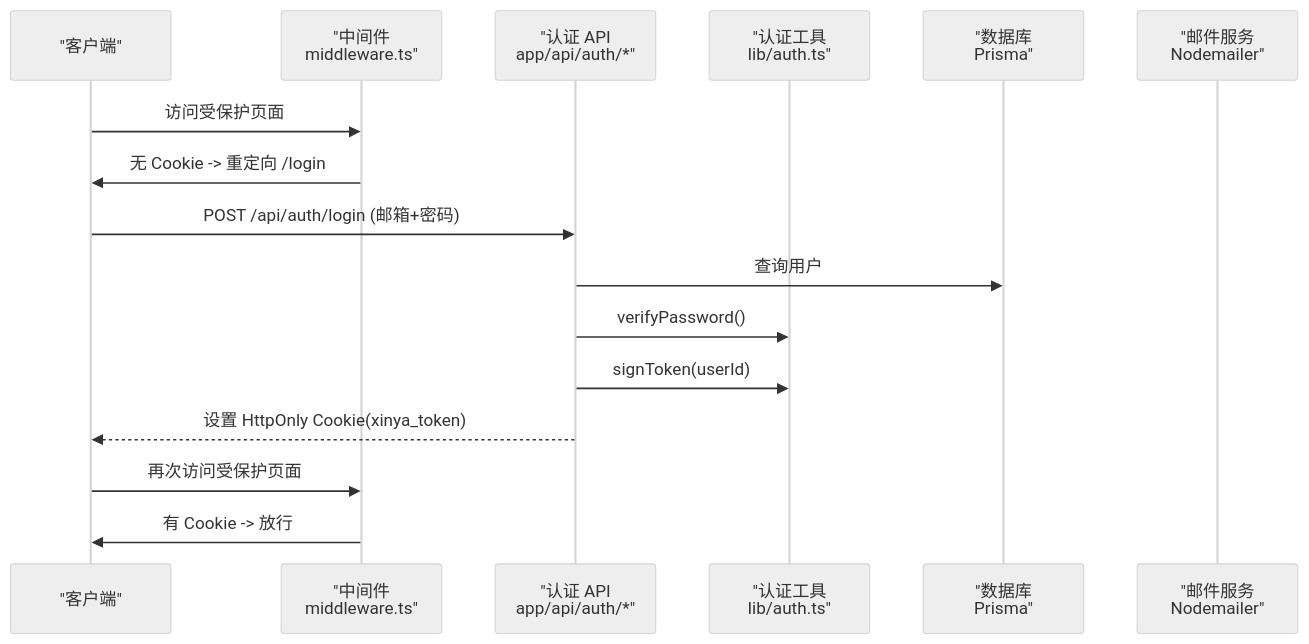
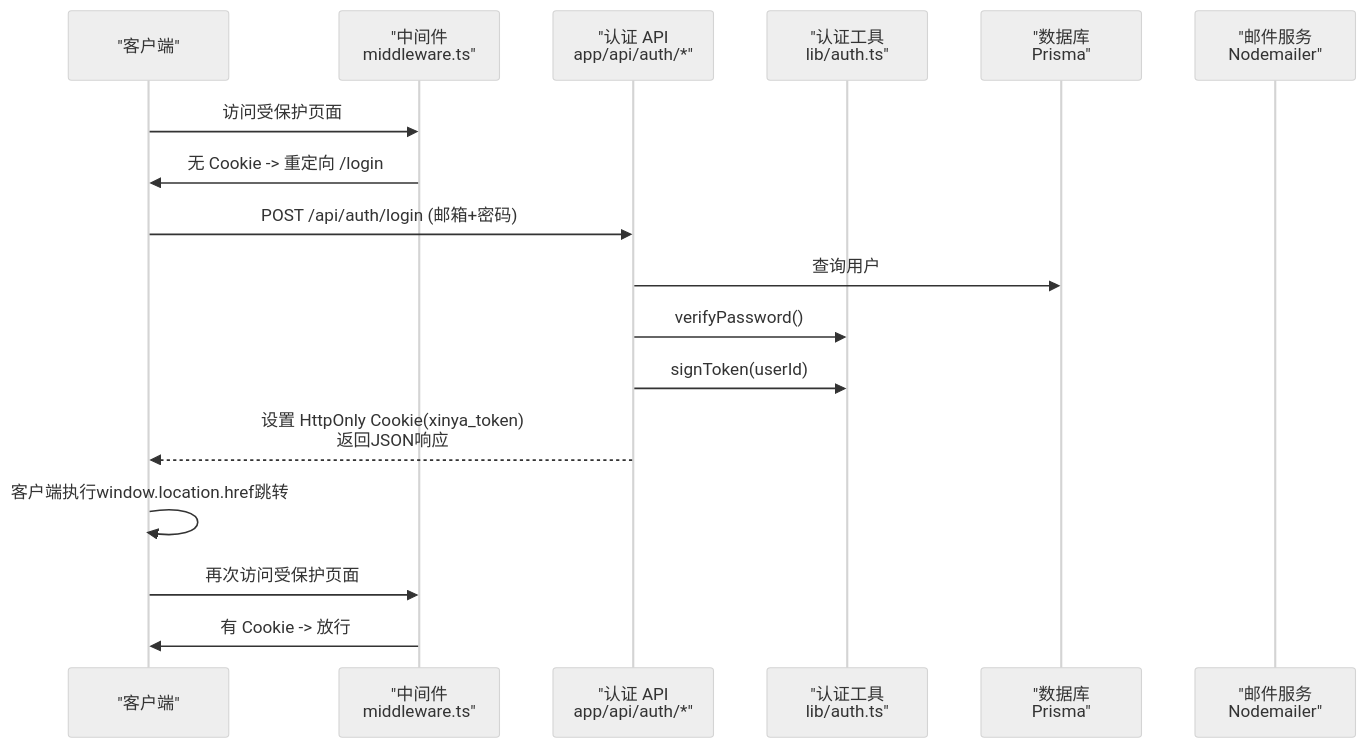
Before and after one commit to kangkang919/xinya: the second of 10 diagrams in .qoder/repowiki/zh/content/用户认证系统/用户认证系统.md, drawn with Mermaid (neutral theme). The commit also changed other lines of this file and 35 other files, not shown here.

````diff
--- a/.qoder/repowiki/zh/content/用户认证系统/用户认证系统.md
+++ b/.qoder/repowiki/zh/content/用户认证系统/用户认证系统.md
@@ -114,18 +143,19 @@
 ```mermaid
 sequenceDiagram
 participant C as "客户端"
 participant MW as "中间件<br/>middleware.ts"
 participant A as "认证 API<br/>app/api/auth/*"
 participant U as "认证工具<br/>lib/auth.ts"
 participant D as "数据库<br/>Prisma"
 participant M as "邮件服务<br/>Nodemailer"
 C->>MW : 访问受保护页面
 MW->>C : 无 Cookie -> 重定向 /login
 C->>A : POST /api/auth/login (邮箱+密码)
 A->>D : 查询用户
 A->>U : verifyPassword()
 A->>U : signToken(userId)
-A-->>C : 设置 HttpOnly Cookie(xinya_token)
+A-->>C : 设置 HttpOnly Cookie(xinya_token)<br/>返回JSON响应
+C->>C : 客户端执行window.location.href跳转
 C->>MW : 再次访问受保护页面
 MW->>C : 有 Cookie -> 放行
 ```
````
